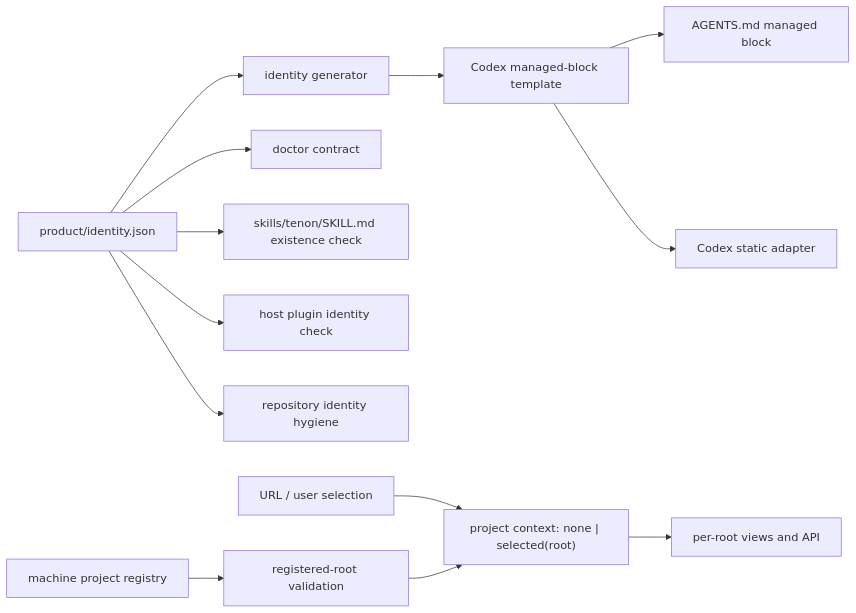
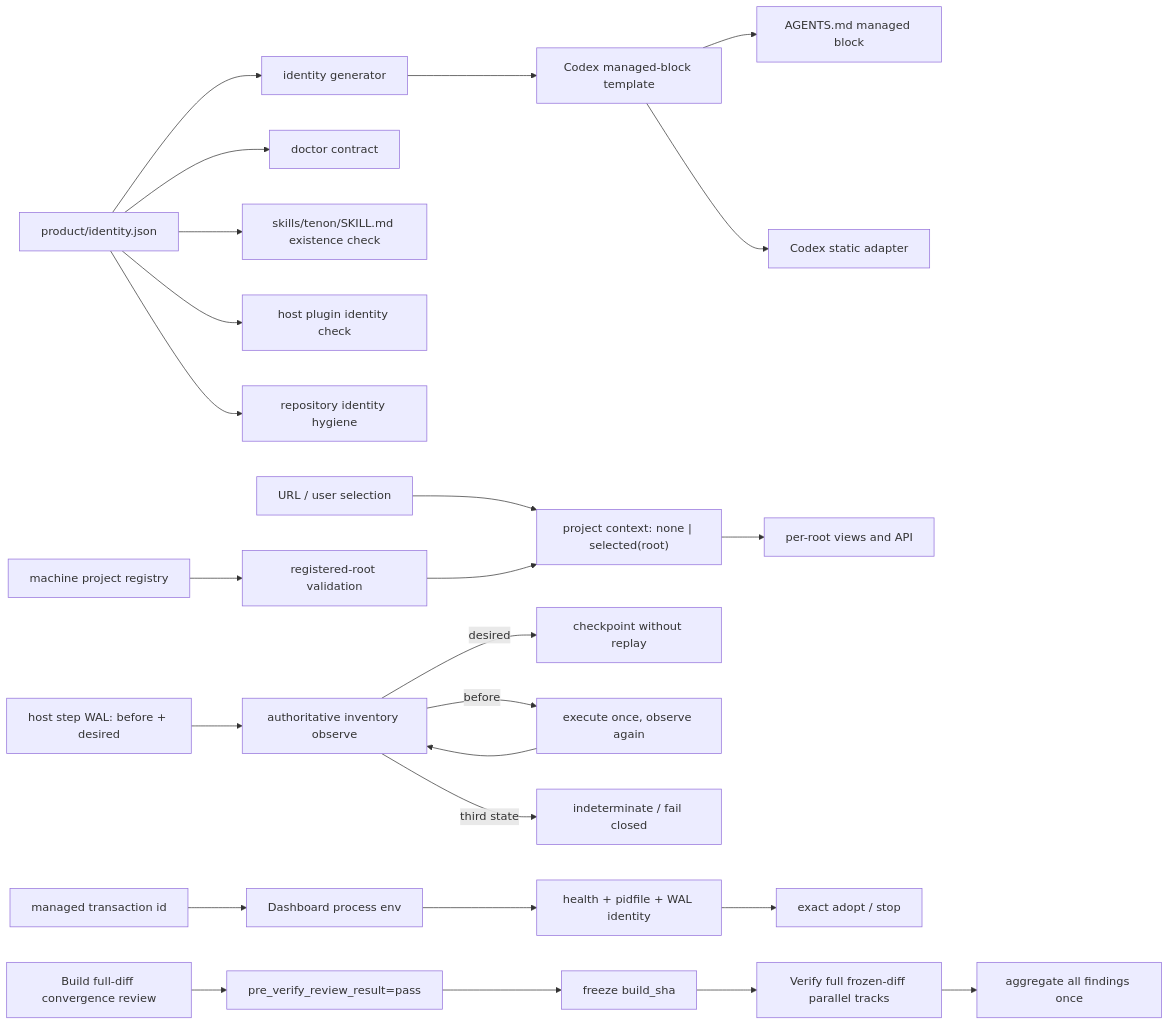
One commit to jefferysha/pipeline-worklfow changed the diagram in docs/superpowers/specs/fix-tenon-entry-skill-contract-design.md. Above: the diagram before and after it, drawn with Mermaid. The commit also changed other lines of this file and 404 other files, not shown here.

Commit message:
feat: enforce Tenon build-verify convergence

````diff
--- a/docs/superpowers/specs/fix-tenon-entry-skill-contract-design.md
+++ b/docs/superpowers/specs/fix-tenon-entry-skill-contract-design.md
@@ -40,15 +61,27 @@
 ```mermaid
 flowchart LR
   I["product/identity.json"] --> G["identity generator"]
   I --> D["doctor contract"]
   G --> T["Codex managed-block template"]
   T --> A["AGENTS.md managed block"]
   T --> C["Codex static adapter"]
   I --> S["skills/tenon/SKILL.md existence check"]
   I --> H["host plugin identity check"]
   I --> R["repository identity hygiene"]
   U["URL / user selection"] --> P["project context: none | selected(root)"]
   M["machine project registry"] --> V["registered-root validation"]
   V --> P
   P --> Q["per-root views and API"]
+  W["host step WAL: before + desired"] --> O["authoritative inventory observe"]
+  O -->|"desired"| K["checkpoint without replay"]
+  O -->|"before"| X["execute once, observe again"]
+  O -->|"third state"| F["indeterminate / fail closed"]
+  X --> O
+  TX["managed transaction id"] --> E["Dashboard process env"]
+  E --> Z["health + pidfile + WAL identity"]
+  Z --> Y["exact adopt / stop"]
+  B["Build full-diff convergence review"] --> PVR["pre_verify_review_result=pass"]
+  PVR --> SHA["freeze build_sha"]
+  SHA --> VR["Verify full frozen-diff parallel tracks"]
+  VR --> AGG["aggregate all findings once"]
 ```
````
